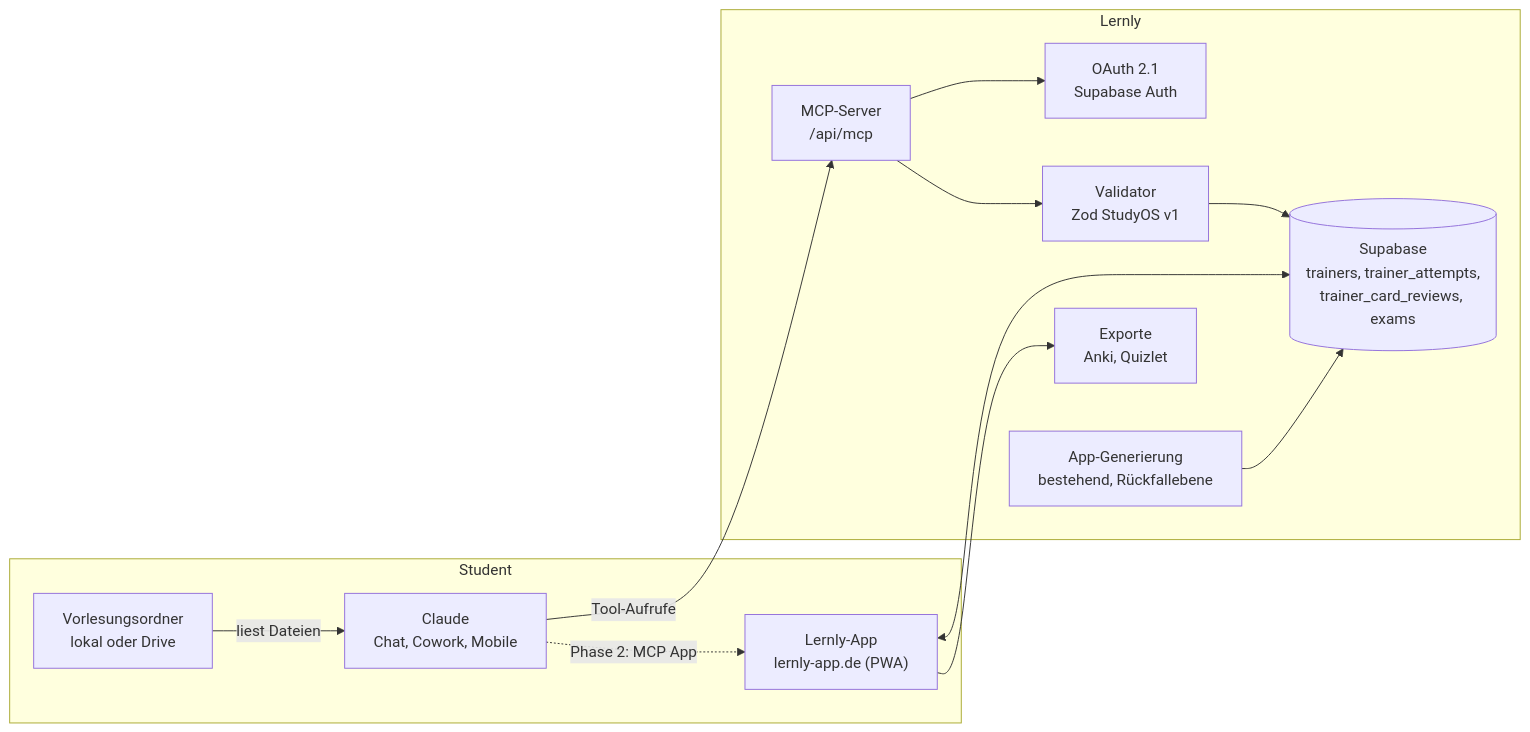
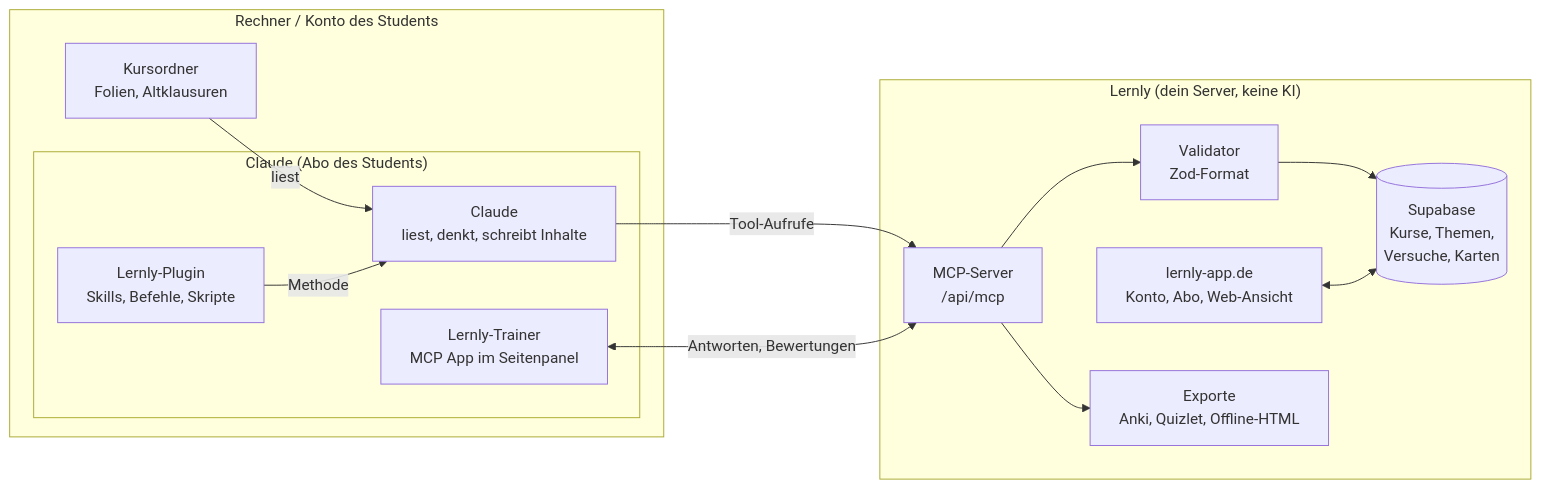
Before and after one commit to rdbelean/lernly: the diagram in docs/strategy/2026-11-13-lernly-claude-architektur-claude-code.md, drawn with Mermaid. The commit also changed other lines of this file, not shown here.

Commit message:
auto: claude session 2026-11-13T17:30Z

````diff
--- a/docs/strategy/2026-11-13-lernly-claude-architektur-claude-code.md
+++ b/docs/strategy/2026-11-13-lernly-claude-architektur-claude-code.md
@@ -66,24 +72,25 @@
 ```mermaid
 flowchart LR
-  subgraph Student
-    F["Vorlesungsordner<br/>lokal oder Drive"]
-    C["Claude<br/>Chat, Cowork, Mobile"]
-    P["Lernly-App<br/>lernly-app.de (PWA)"]
+  subgraph Rechner["Rechner / Konto des Students"]
+    F["Kursordner<br/>Folien, Altklausuren"]
+    subgraph Claude["Claude (Abo des Students)"]
+      S["Lernly-Plugin<br/>Skills, Befehle, Skripte"]
+      K["Claude<br/>liest, denkt, schreibt Inhalte"]
+      T["Lernly-Trainer<br/>MCP App im Seitenpanel"]
+    end
   end
-  subgraph Lernly
+  subgraph Lernly["Lernly (dein Server, keine KI)"]
     M["MCP-Server<br/>/api/mcp"]
-    A["OAuth 2.1<br/>Supabase Auth"]
-    V["Validator<br/>Zod StudyOS v1"]
-    DB[("Supabase<br/>trainers, trainer_attempts,<br/>trainer_card_reviews, exams")]
-    G["App-Generierung<br/>bestehend, Rückfallebene"]
-    X["Exporte<br/>Anki, Quizlet"]
+    V["Validator<br/>Zod-Format"]
+    DB[("Supabase<br/>Kurse, Themen,<br/>Versuche, Karten")]
+    W["lernly-app.de<br/>Konto, Abo, Web-Ansicht"]
+    X["Exporte<br/>Anki, Quizlet, Offline-HTML"]
   end
-  F -->|liest Dateien| C
-  C -->|Tool-Aufrufe| M
-  M --> A
+  F -->|liest| K
+  S -->|Methode| K
+  K -->|Tool-Aufrufe| M
   M --> V --> DB
-  P <--> DB
-  G --> DB
-  P --> X
-  C -.->|Phase 2: MCP App| P
+  T <-->|Antworten, Bewertungen| M
+  W <--> DB
+  M --> X
 ```
````
